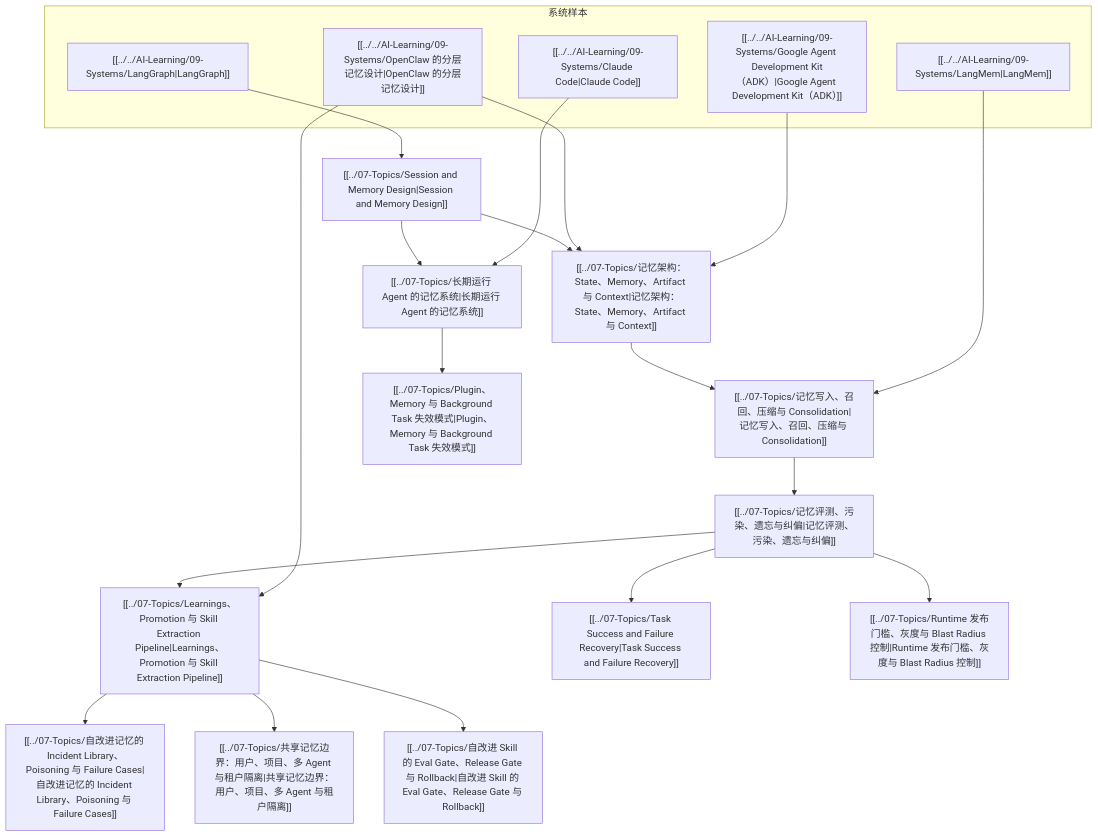
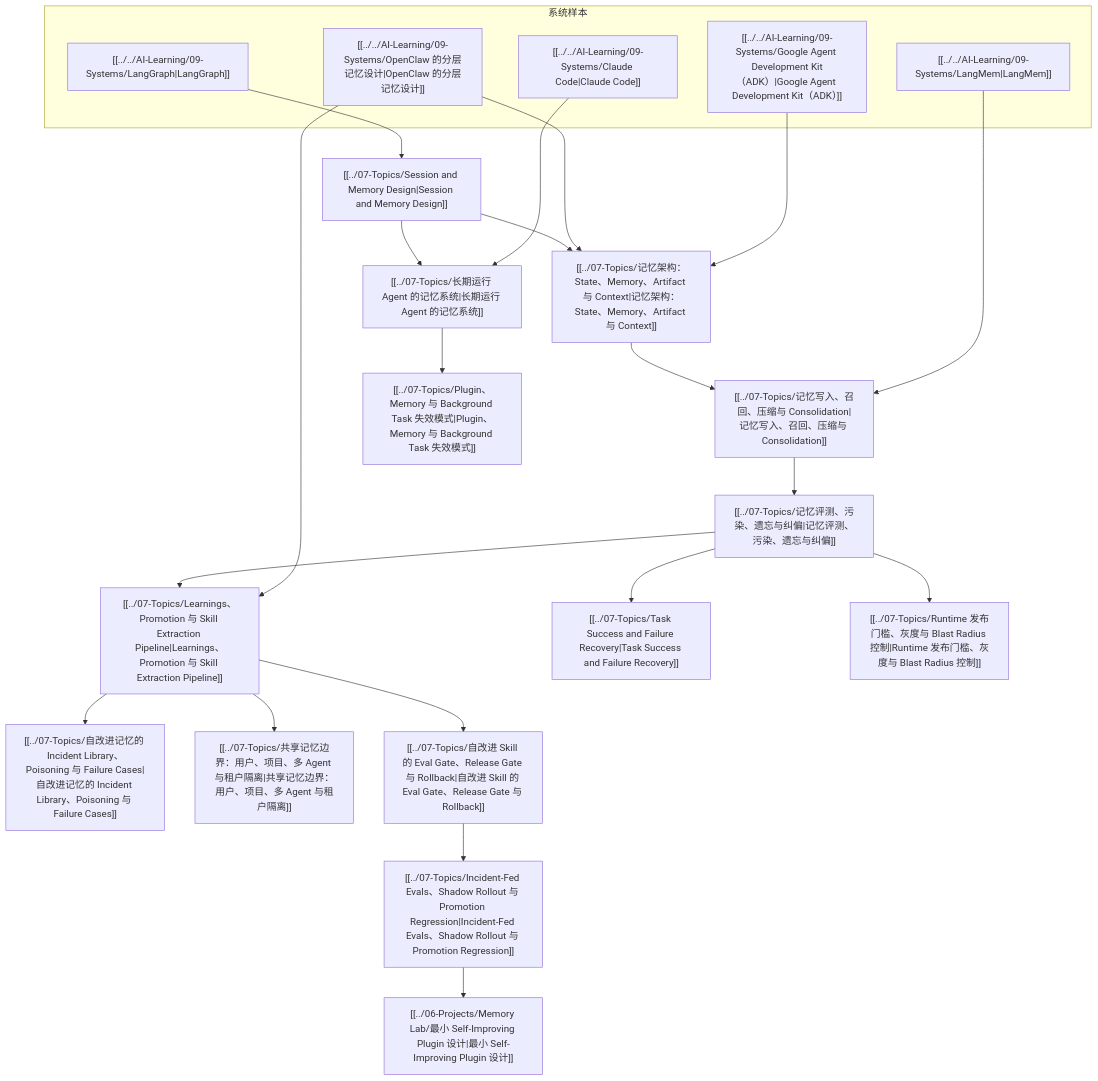
Before and after one commit to superliyang/tony-2026: the diagram in 01-Areas/AI-Engineering/08-Maps/AI Memory Engineering Map.md, drawn with Mermaid. The commit also changed other lines of this file and 12 other files, not shown here.

Commit message:
Add incident-fed memory eval and plugin lab

````diff
--- a/01-Areas/AI-Engineering/08-Maps/AI Memory Engineering Map.md
+++ b/01-Areas/AI-Engineering/08-Maps/AI Memory Engineering Map.md
@@ -15,29 +15,31 @@
 ```mermaid
 flowchart TD
   S["[[../07-Topics/Session and Memory Design|Session and Memory Design]]"] --> A["[[../07-Topics/记忆架构：State、Memory、Artifact 与 Context|记忆架构：State、Memory、Artifact 与 Context]]"]
   S --> L["[[../07-Topics/长期运行 Agent 的记忆系统|长期运行 Agent 的记忆系统]]"]
   A --> W["[[../07-Topics/记忆写入、召回、压缩与 Consolidation|记忆写入、召回、压缩与 Consolidation]]"]
   W --> E["[[../07-Topics/记忆评测、污染、遗忘与纠偏|记忆评测、污染、遗忘与纠偏]]"]
   E --> P["[[../07-Topics/Learnings、Promotion 与 Skill Extraction Pipeline|Learnings、Promotion 与 Skill Extraction Pipeline]]"]
   P --> I["[[../07-Topics/自改进记忆的 Incident Library、Poisoning 与 Failure Cases|自改进记忆的 Incident Library、Poisoning 与 Failure Cases]]"]
   P --> B["[[../07-Topics/共享记忆边界：用户、项目、多 Agent 与租户隔离|共享记忆边界：用户、项目、多 Agent 与租户隔离]]"]
   P --> G2["[[../07-Topics/自改进 Skill 的 Eval Gate、Release Gate 与 Rollback|自改进 Skill 的 Eval Gate、Release Gate 与 Rollback]]"]
+  G2 --> RG["[[../07-Topics/Incident-Fed Evals、Shadow Rollout 与 Promotion Regression|Incident-Fed Evals、Shadow Rollout 与 Promotion Regression]]"]
+  RG --> PL["[[../06-Projects/Memory Lab/最小 Self-Improving Plugin 设计|最小 Self-Improving Plugin 设计]]"]
   L --> F["[[../07-Topics/Plugin、Memory 与 Background Task 失效模式|Plugin、Memory 与 Background Task 失效模式]]"]
   E --> R["[[../07-Topics/Task Success and Failure Recovery|Task Success and Failure Recovery]]"]
   E --> G["[[../07-Topics/Runtime 发布门槛、灰度与 Blast Radius 控制|Runtime 发布门槛、灰度与 Blast Radius 控制]]"]
 
   subgraph systems["系统样本"]
     OA["[[../../AI-Learning/09-Systems/OpenClaw 的分层记忆设计|OpenClaw 的分层记忆设计]]"]
     LM["[[../../AI-Learning/09-Systems/LangMem|LangMem]]"]
     LG["[[../../AI-Learning/09-Systems/LangGraph|LangGraph]]"]
     CC["[[../../AI-Learning/09-Systems/Claude Code|Claude Code]]"]
     ADK["[[../../AI-Learning/09-Systems/Google Agent Development Kit（ADK）|Google Agent Development Kit（ADK）]]"]
   end
 
   OA --> A
   OA --> P
   LM --> W
   LG --> S
   CC --> L
   ADK --> A
 ```
````
